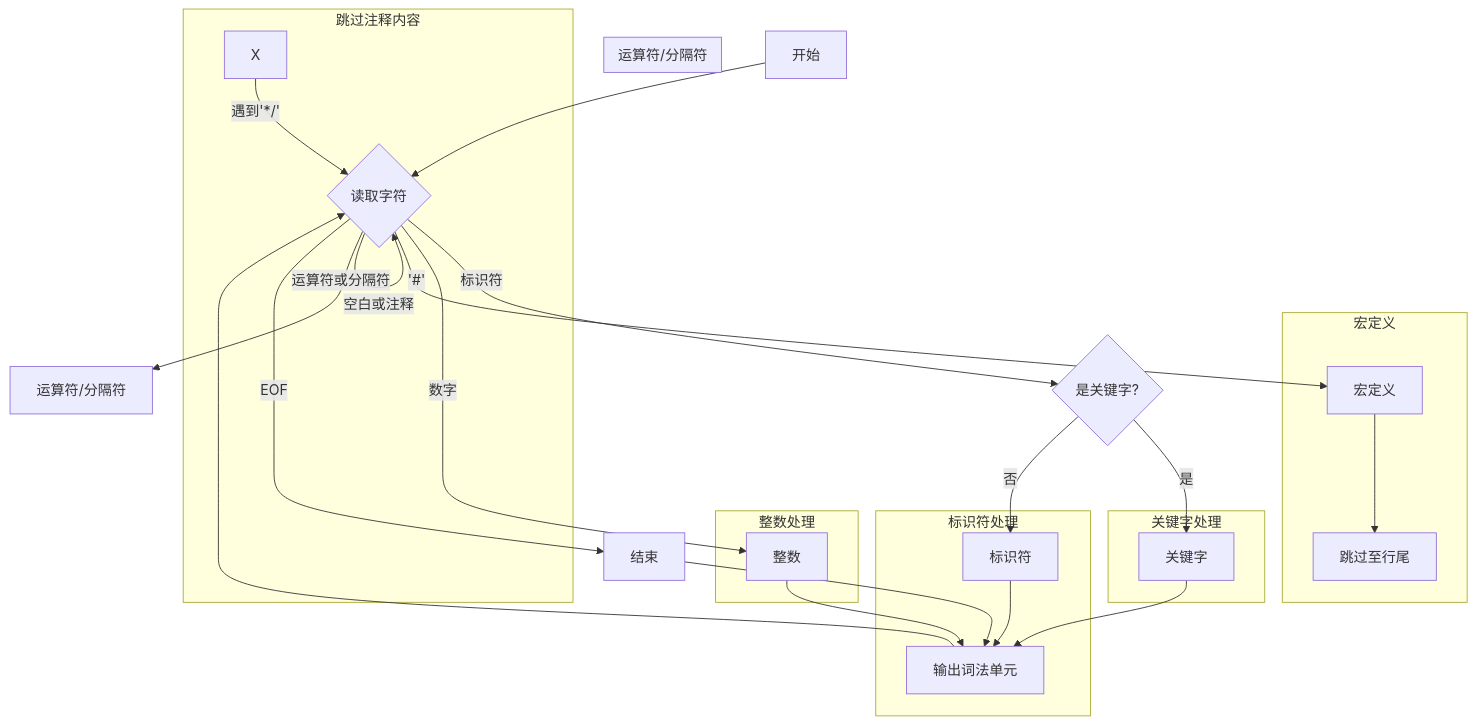
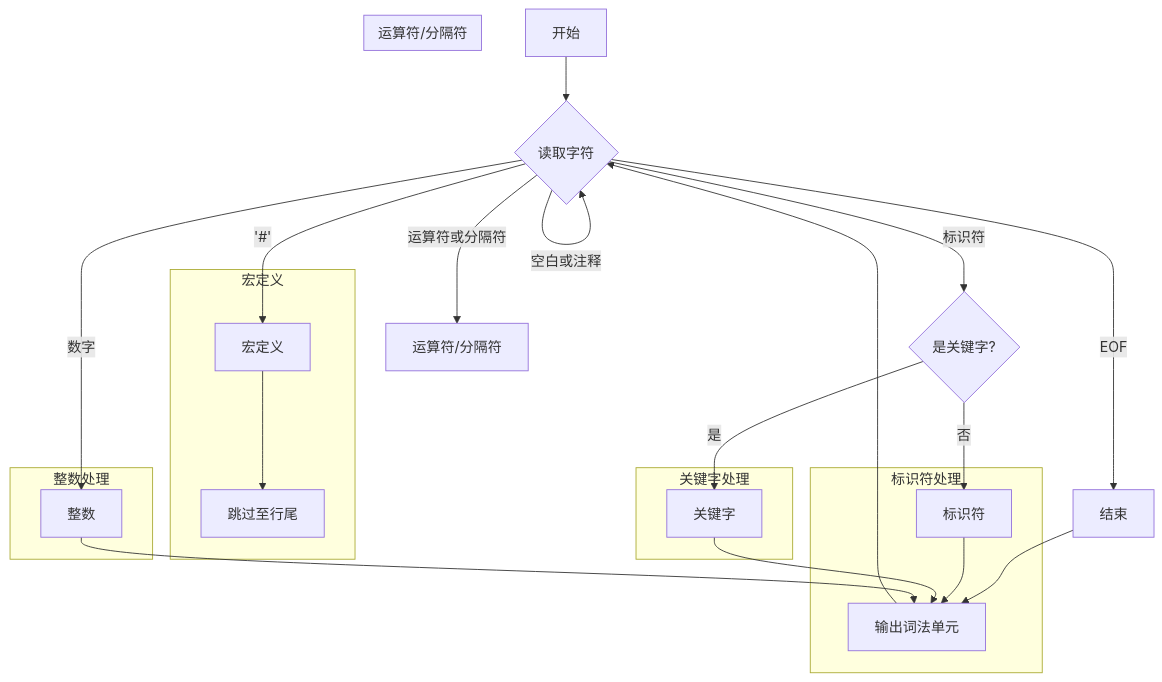
The diagram in all/未命名-1.md (wjq-ctrl/iodraw-files), drawn with Mermaid before and after one commit.

Commit message:
2024-09-28 19:48:02 update

````diff
--- a/all/未命名-1.md
+++ b/all/未命名-1.md
@@ -1,49 +1,47 @@
 ```mermaid
 graph TD  
     A[开始] --> B{读取字符}  
   
     B -->|空白或注释| B  
     B -->|标识符| C{是关键字?}  
     B -->|数字| D[整数]  
     B -->|'#'| E[宏定义]  
     B -->|运算符或分隔符| F[运算符/分隔符]  
     B -->|EOF| G[结束]  
   
     C -->|是| H[关键字]  
     C -->|否| I[标识符]  
   
     G --> J[输出词法单元]  
   
     subgraph 宏定义  
     E --> K[跳过至行尾]  
     end  
   
     subgraph 运算符/分隔符  
     
     end  
   
 
   
     
   
       
   
     subgraph 标识符处理  
     I --> J  
     end  
   
     subgraph 关键字处理  
     H --> J  
     end  
   
     subgraph 整数处理  
     D --> J  
     end  
   
-    subgraph 跳过注释内容  
-    X -->|遇到'*/'| B  
-    end  
+ 
   
   
     J --> B
 ```
````
